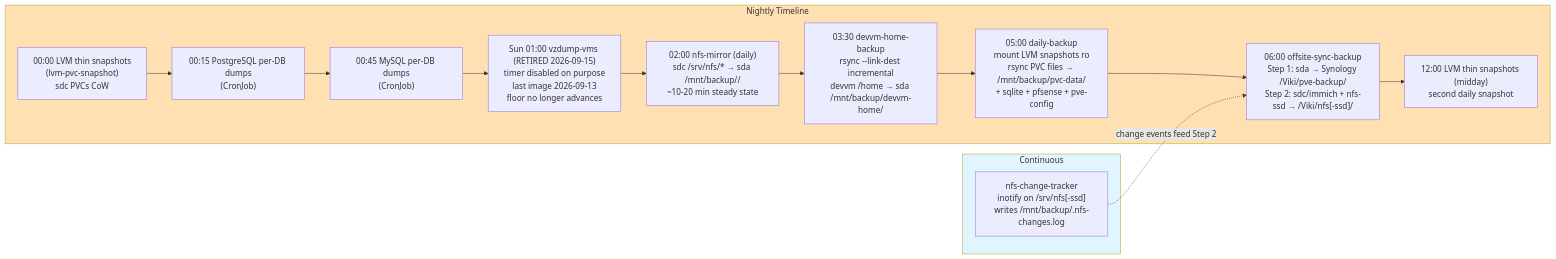
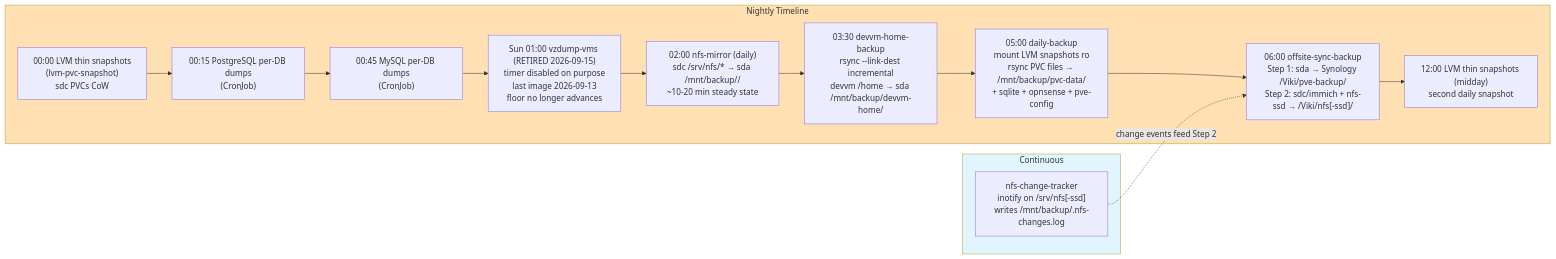
One commit to ViktorBarzin/infra changed the third of 6 diagrams in docs/architecture/backup-dr.md. Above: the diagram before and after it, drawn with Mermaid. The commit also changed other lines of this file and 53 other files, not shown here.

````diff
--- a/docs/architecture/backup-dr.md
+++ b/docs/architecture/backup-dr.md
@@ -213,24 +213,24 @@
 ```mermaid
 graph LR
     subgraph Continuous["Continuous"]
         INO["nfs-change-tracker<br/>inotify on /srv/nfs[-ssd]<br/>writes /mnt/backup/.nfs-changes.log"]
     end
 
     subgraph Nightly["Nightly Timeline"]
         T0000["00:00 LVM thin snapshots<br/>(lvm-pvc-snapshot)<br/>sdc PVCs CoW"]
         T0015["00:15 PostgreSQL per-DB dumps<br/>(CronJob)"]
         T0045["00:45 MySQL per-DB dumps<br/>(CronJob)"]
         T0100["Sun 01:00 vzdump-vms (RETIRED 2026-09-15)<br/>timer disabled on purpose<br/>last image 2026-09-13<br/>floor no longer advances"]
         T0200["02:00 nfs-mirror (daily)<br/>sdc /srv/nfs/* → sda /mnt/backup/<svc>/<br/>~10-20 min steady state"]
         T0330["03:30 devvm-home-backup<br/>rsync --link-dest incremental<br/>devvm /home → sda /mnt/backup/devvm-home/"]
-        T0500["05:00 daily-backup<br/>mount LVM snapshots ro<br/>rsync PVC files → /mnt/backup/pvc-data/<br/>+ sqlite + pfsense + pve-config"]
+        T0500["05:00 daily-backup<br/>mount LVM snapshots ro<br/>rsync PVC files → /mnt/backup/pvc-data/<br/>+ sqlite + opnsense + pve-config"]
         T0600["06:00 offsite-sync-backup<br/>Step 1: sda → Synology /Viki/pve-backup/<br/>Step 2: sdc/immich + nfs-ssd → /Viki/nfs[-ssd]/"]
         T1200["12:00 LVM thin snapshots (midday)<br/>second daily snapshot"]
     end
 
     T0000 --> T0015 --> T0045 --> T0100 --> T0200 --> T0330 --> T0500 --> T0600 --> T1200
     INO -.->|change events feed Step 2| T0600
 
     style Nightly fill:#ffe0b2
     style Continuous fill:#e1f5ff
 ```
````
